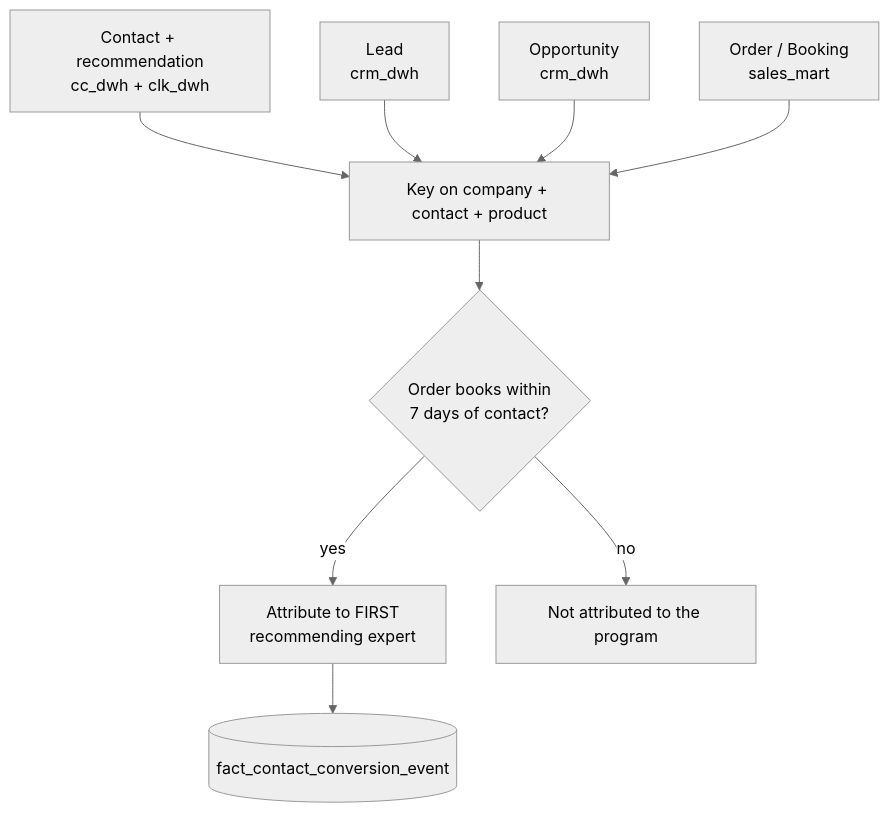
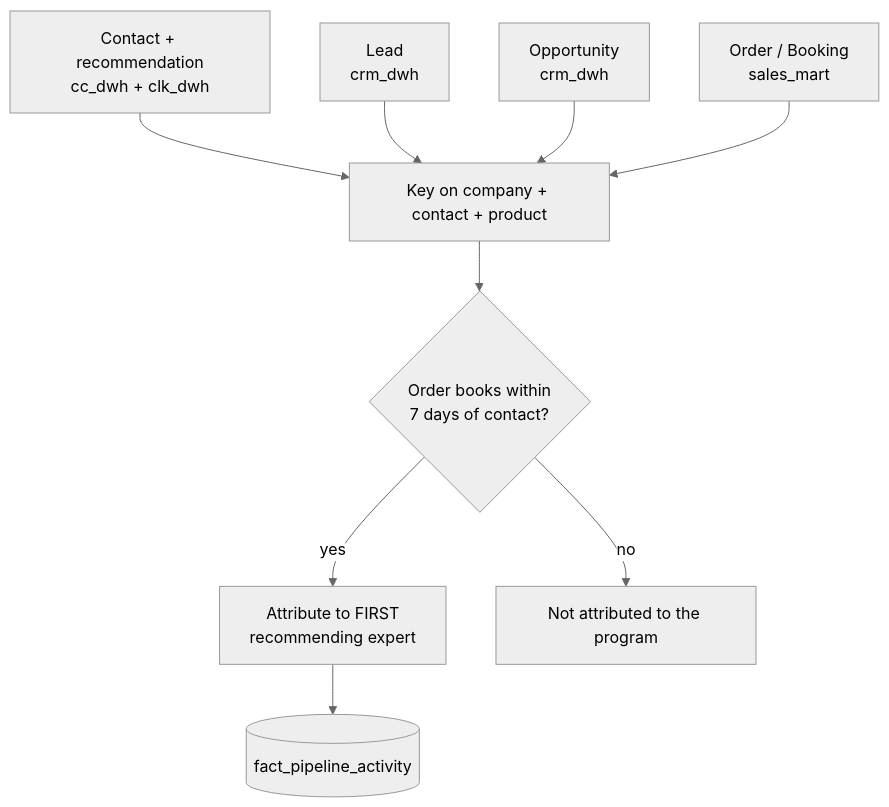
One commit to sharath-dataengineer/enterprise-data-foundation changed the fourth of 5 diagrams in architecture.md. Above: the diagram before and after it, drawn with Mermaid (neutral theme). The commit also changed other lines of this file and 3 other files, not shown here.

````diff
--- a/architecture.md
+++ b/architecture.md
@@ -131,11 +131,11 @@
 ```mermaid
 flowchart TB
     C[Contact + recommendation<br/>cc_dwh + clk_dwh] --> KEY[Key on company + contact + product]
     L[Lead<br/>crm_dwh] --> KEY
     O[Opportunity<br/>crm_dwh] --> KEY
     B[Order / Booking<br/>sales_mart] --> KEY
     KEY --> WIN{Order books within<br/>7 days of contact?}
     WIN -->|yes| ATTR[Attribute to FIRST<br/>recommending expert]
     WIN -->|no| DROP[Not attributed to the program]
-    ATTR --> F[(fact_contact_conversion_event)]
+    ATTR --> F[(fact_pipeline_activity)]
 ```
````
